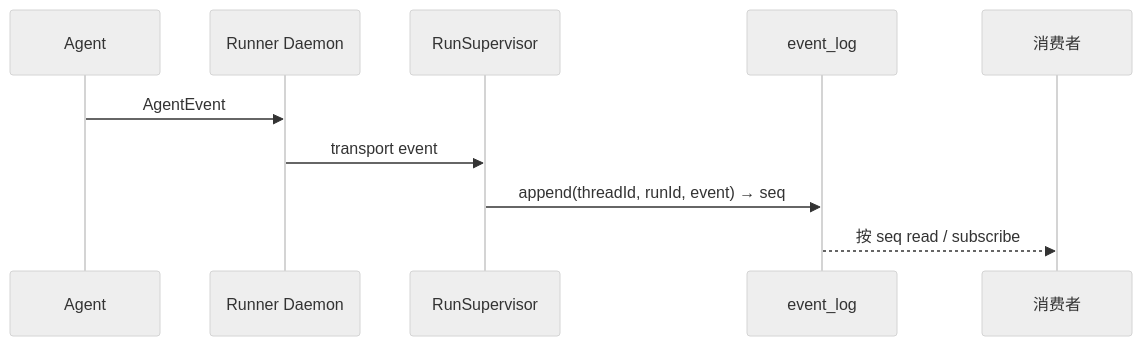
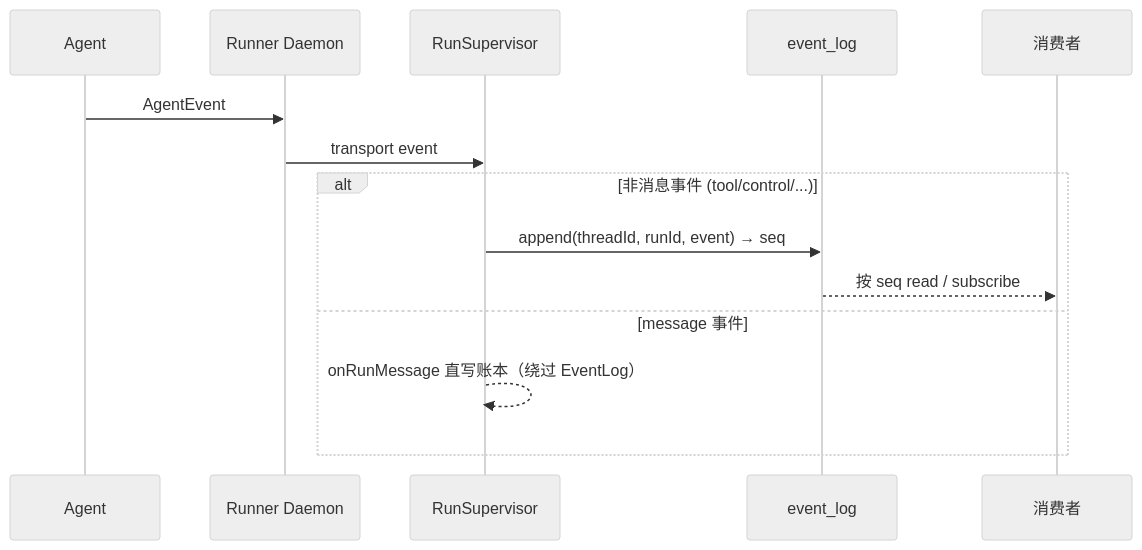
The diagram in docs/architecture/backend/event-log.md (Chengchcc/my-agent-team), drawn with Mermaid (neutral theme) before and after one commit. The commit also changed other lines of this file and 21 other files, not shown here.

First line of the commit message:
docs(docs): sync arch wiki to onRunMessage model, add Issue/Orchestrator pages

````diff
--- a/docs/architecture/backend/event-log.md
+++ b/docs/architecture/backend/event-log.md
@@ -26,13 +24,17 @@
 ```mermaid
 sequenceDiagram
   participant A as Agent
   participant D as Runner Daemon
   participant S as RunSupervisor
   participant E as event_log
   participant C as 消费者
 
   A->>D: AgentEvent
   D->>S: transport event
-  S->>E: append(threadId, runId, event) → seq
-  E-->>C: 按 seq read / subscribe
+  alt 非消息事件 (tool/control/...)
+    S->>E: append(threadId, runId, event) → seq
+    E-->>C: 按 seq read / subscribe
+  else message 事件
+    S-->>S: onRunMessage 直写账本（绕过 EventLog）
+  end
 ```
````
